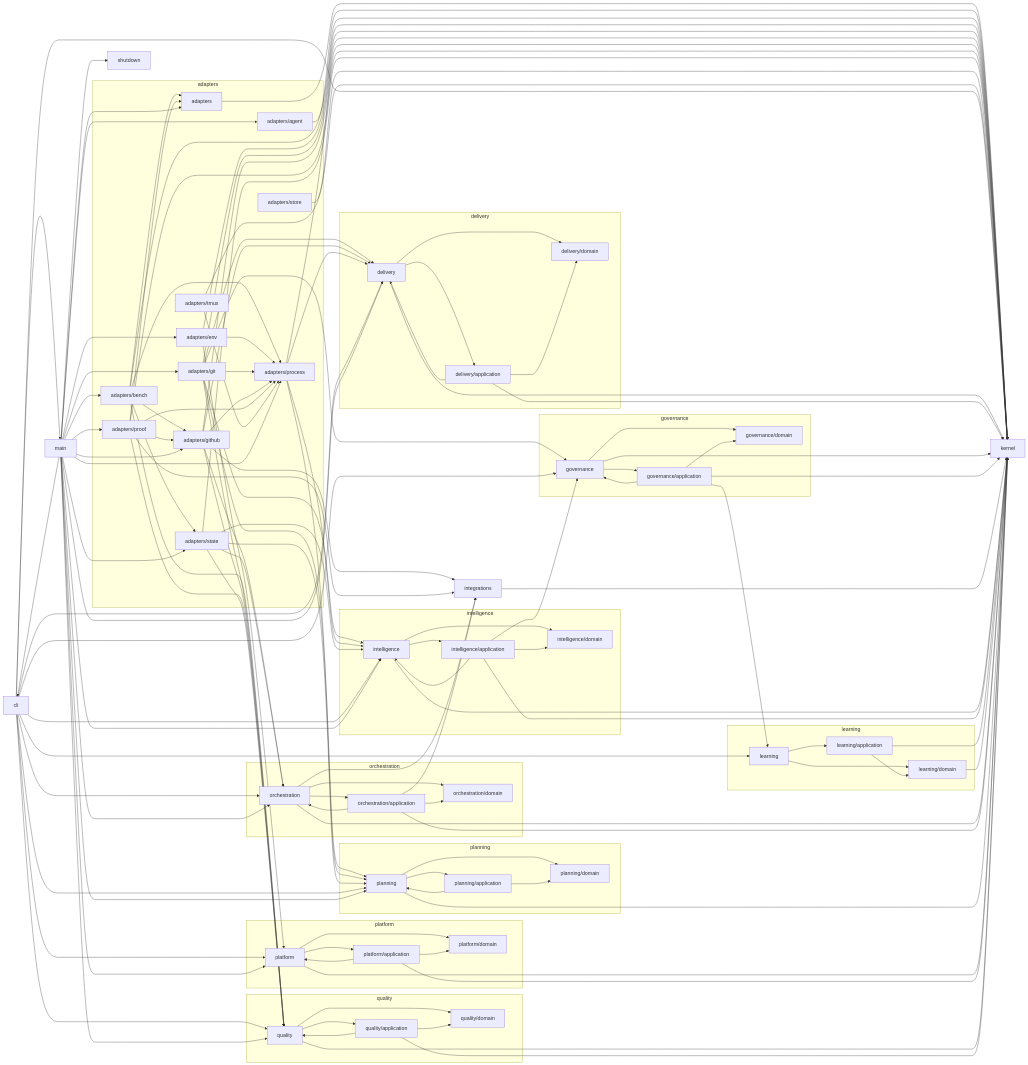
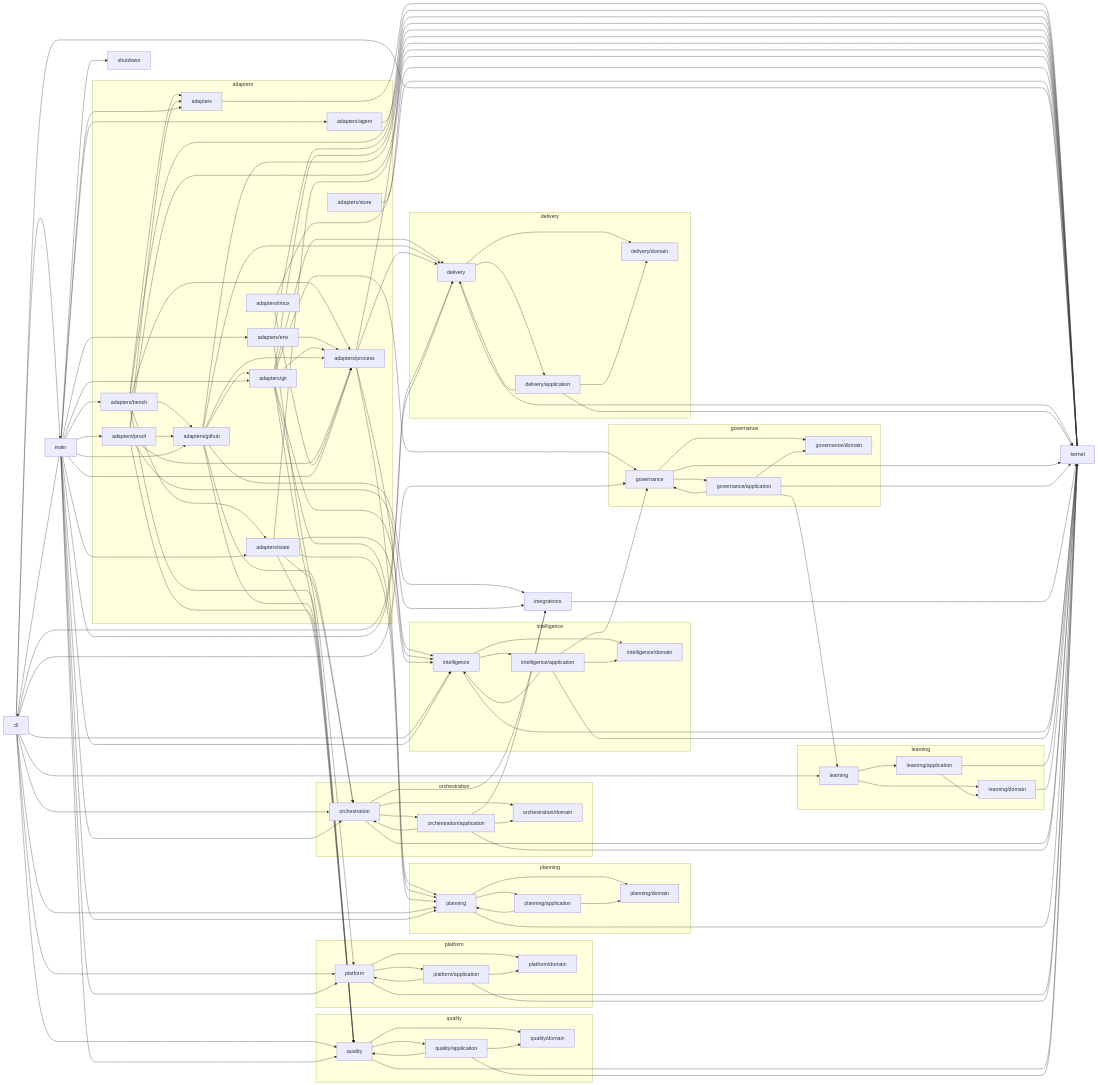
The diagram in docs/reference/dependency-graph.md (sethdford/shipwright), drawn with Mermaid before and after one commit.

Commit message:
docs: regenerate dependency graph for build-steward-ports
Claude-Session: https://claude.ai/code/session_01LJyEvUwx4JMY53LoQbqvHk

```diff
--- a/docs/reference/dependency-graph.md
+++ b/docs/reference/dependency-graph.md
@@ -83,6 +83,7 @@
   adapters_git --> kernel
   adapters_git --> planning
   adapters_git --> quality
+  adapters_github --> adapters_git
   adapters_github --> adapters_process
   adapters_github --> delivery
   adapters_github --> integrations
```
